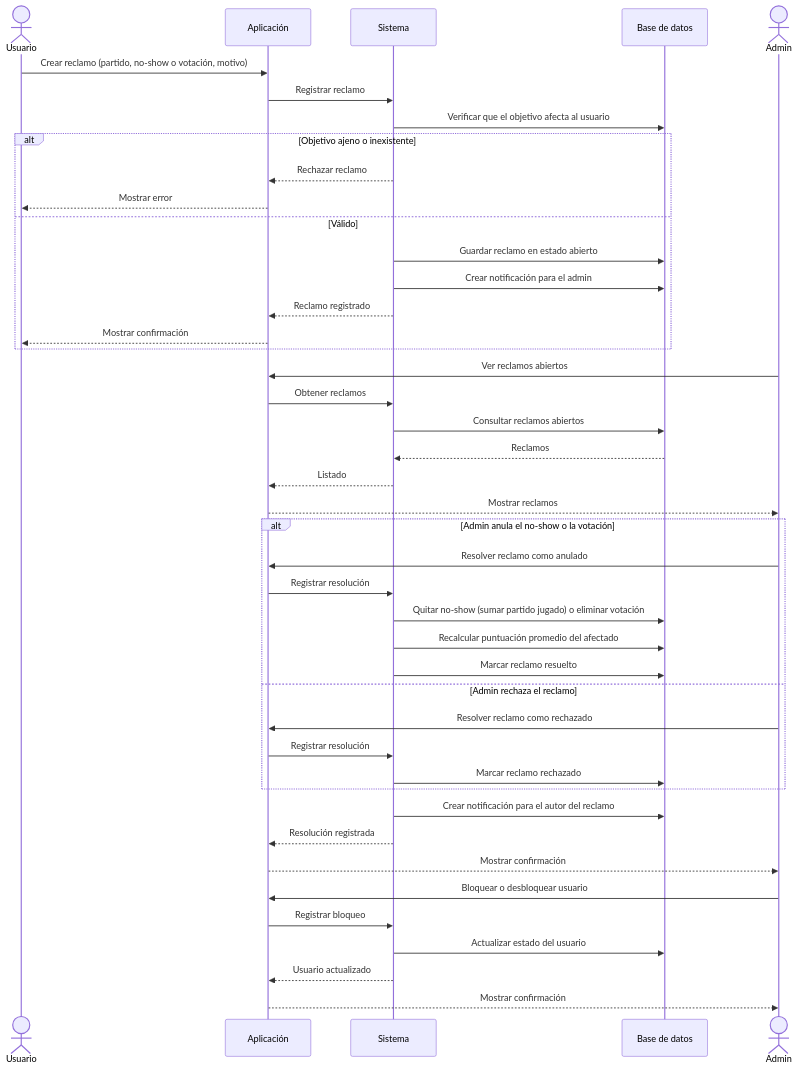
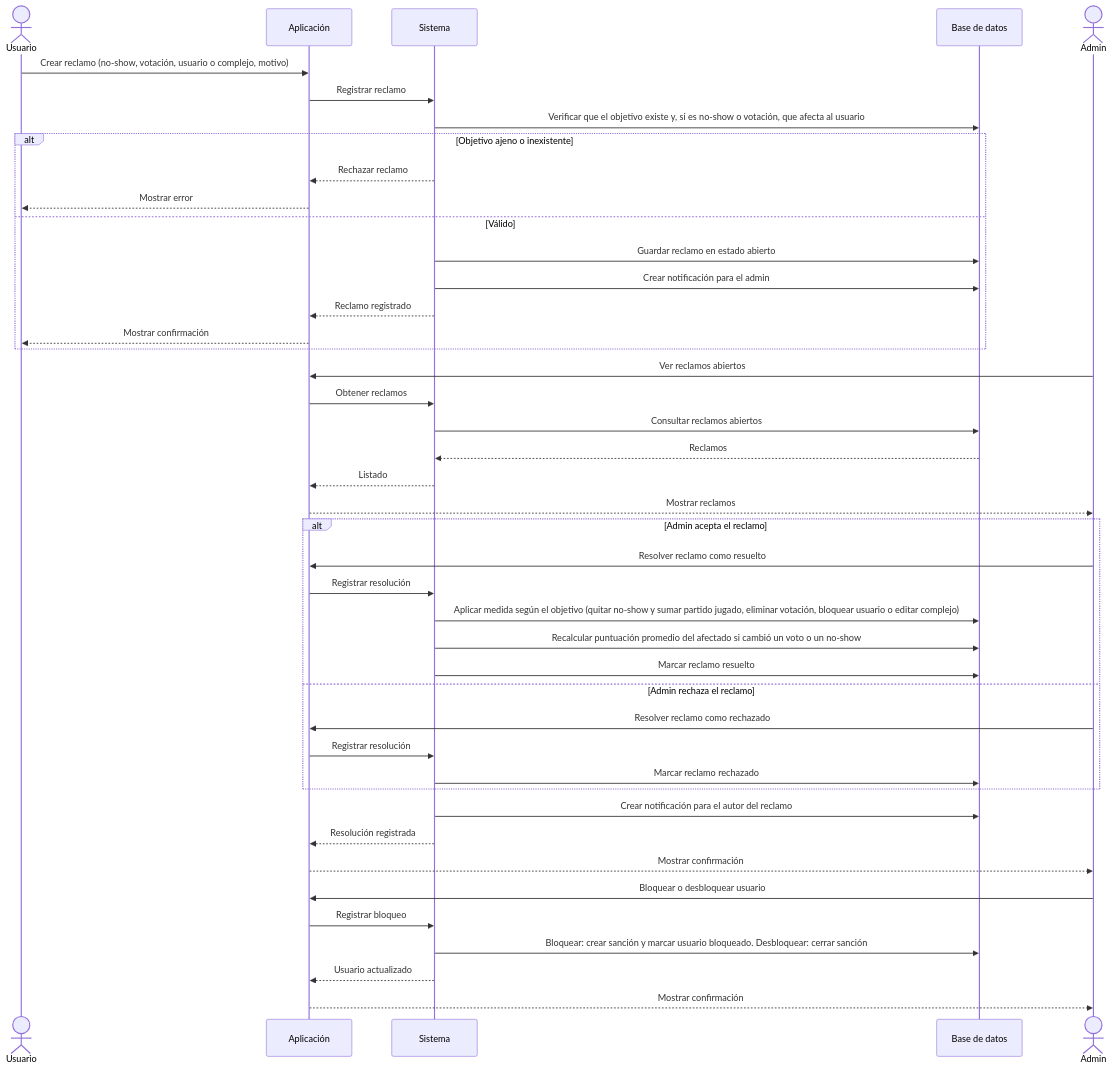
One commit to nvranco/fulvo changed the diagram in docs/diagramas/06-reclamos-y-admin.md. Above: the diagram before and after it, drawn with Mermaid. The commit also changed 5 other files, not shown here.

First line of the commit message:
docs: ajusto requerimientos y diagramas de secuencia con las decisiones del modelo

````diff
--- a/docs/diagramas/06-reclamos-y-admin.md
+++ b/docs/diagramas/06-reclamos-y-admin.md
@@ -5,49 +5,49 @@
 ```mermaid
 sequenceDiagram
     actor U as Usuario
     participant A as Aplicación
     participant S as Sistema
     participant BD as Base de datos
     actor D as Admin
 
-    U->>A: Crear reclamo (partido, no-show o votación, motivo)
+    U->>A: Crear reclamo (no-show, votación, usuario o complejo, motivo)
     A->>S: Registrar reclamo
-    S->>BD: Verificar que el objetivo afecta al usuario
+    S->>BD: Verificar que el objetivo existe y, si es no-show o votación, que afecta al usuario
     alt Objetivo ajeno o inexistente
         S-->>A: Rechazar reclamo
         A-->>U: Mostrar error
     else Válido
         S->>BD: Guardar reclamo en estado abierto
         S->>BD: Crear notificación para el admin
         S-->>A: Reclamo registrado
         A-->>U: Mostrar confirmación
     end
 
     D->>A: Ver reclamos abiertos
     A->>S: Obtener reclamos
     S->>BD: Consultar reclamos abiertos
     BD-->>S: Reclamos
     S-->>A: Listado
     A-->>D: Mostrar reclamos
 
-    alt Admin anula el no-show o la votación
-        D->>A: Resolver reclamo como anulado
+    alt Admin acepta el reclamo
+        D->>A: Resolver reclamo como resuelto
         A->>S: Registrar resolución
-        S->>BD: Quitar no-show (sumar partido jugado) o eliminar votación
-        S->>BD: Recalcular puntuación promedio del afectado
+        S->>BD: Aplicar medida según el objetivo (quitar no-show y sumar partido jugado, eliminar votación, bloquear usuario o editar complejo)
+        S->>BD: Recalcular puntuación promedio del afectado si cambió un voto o un no-show
         S->>BD: Marcar reclamo resuelto
     else Admin rechaza el reclamo
         D->>A: Resolver reclamo como rechazado
         A->>S: Registrar resolución
         S->>BD: Marcar reclamo rechazado
     end
     S->>BD: Crear notificación para el autor del reclamo
     S-->>A: Resolución registrada
     A-->>D: Mostrar confirmación
 
     D->>A: Bloquear o desbloquear usuario
     A->>S: Registrar bloqueo
-    S->>BD: Actualizar estado del usuario
+    S->>BD: Bloquear: crear sanción y marcar usuario bloqueado. Desbloquear: cerrar sanción
     S-->>A: Usuario actualizado
     A-->>D: Mostrar confirmación
 ```
````
